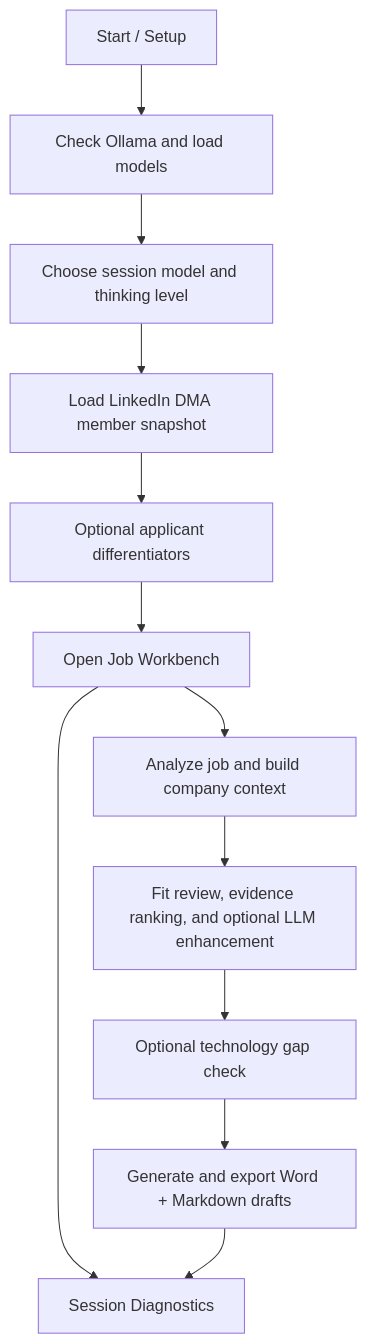
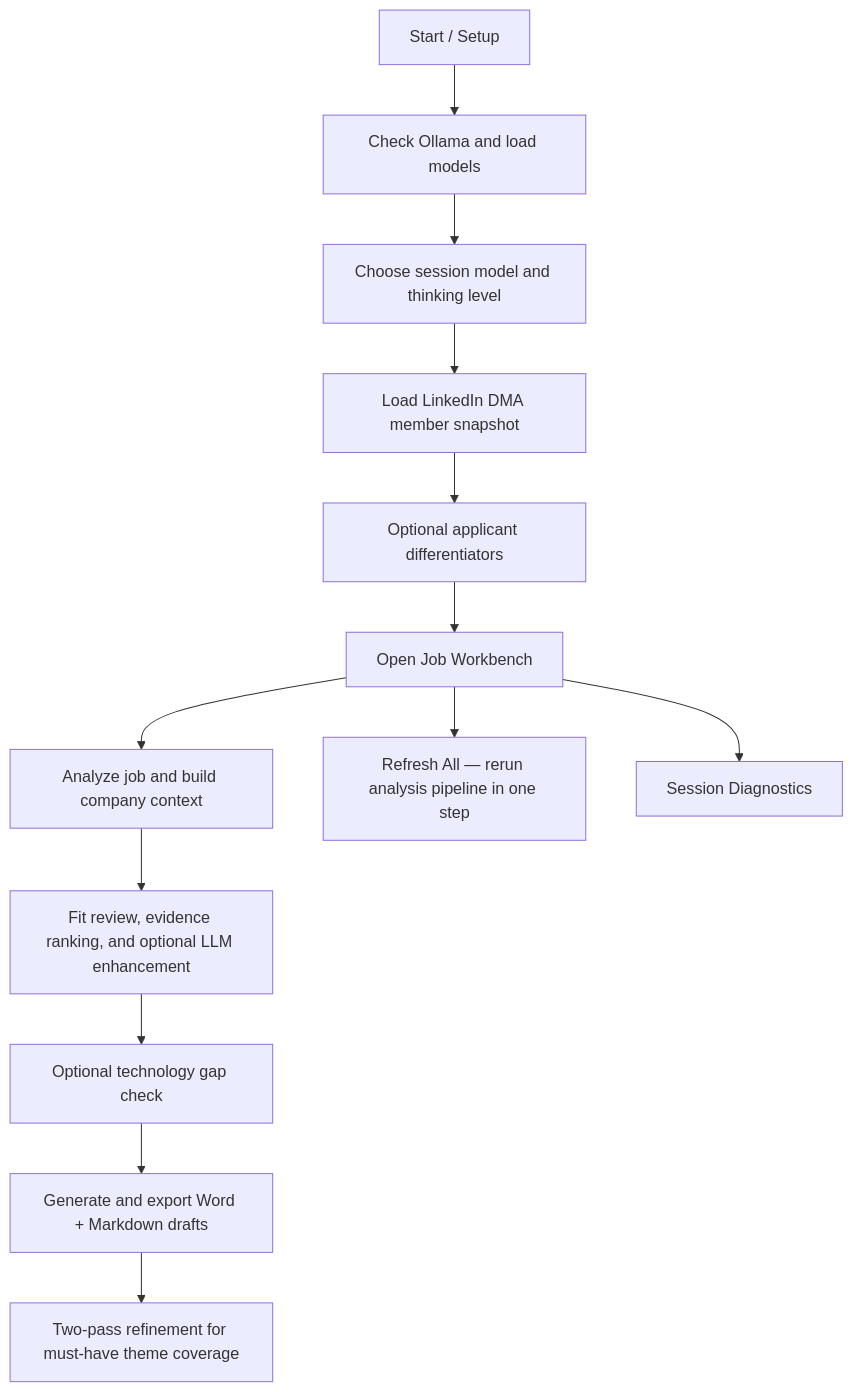
One commit to hennie42/li-jobber changed the diagram in README.md. Above: the diagram before and after it, drawn with Mermaid. The commit also changed other lines of this file and 1 other file, not shown here.

````diff
--- a/README.md
+++ b/README.md
@@ -42,14 +48,15 @@
 ```mermaid
 graph TD
     A[Start / Setup] --> B[Check Ollama and load models]
     B --> C[Choose session model and thinking level]
     C --> D[Load LinkedIn DMA member snapshot]
     D --> E[Optional applicant differentiators]
     E --> F[Open Job Workbench]
     F --> G[Analyze job and build company context]
     G --> H[Fit review, evidence ranking, and optional LLM enhancement]
     H --> I[Optional technology gap check]
     I --> J[Generate and export Word + Markdown drafts]
-    F --> K[Session Diagnostics]
-    J --> K
+    J --> K[Two-pass refinement for must-have theme coverage]
+    F --> L[Refresh All — rerun analysis pipeline in one step]
+    F --> M[Session Diagnostics]
 ```
````
